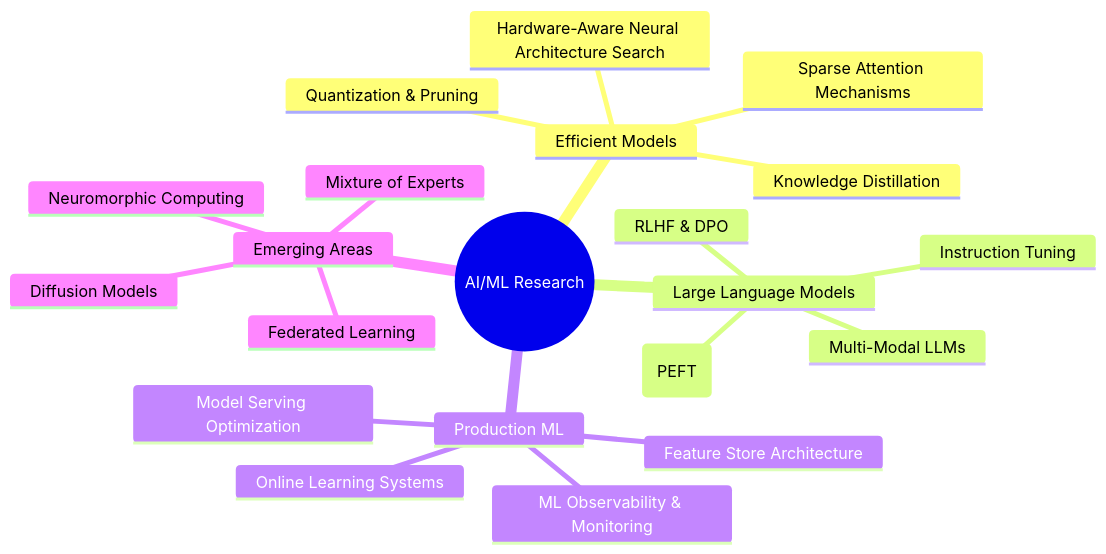
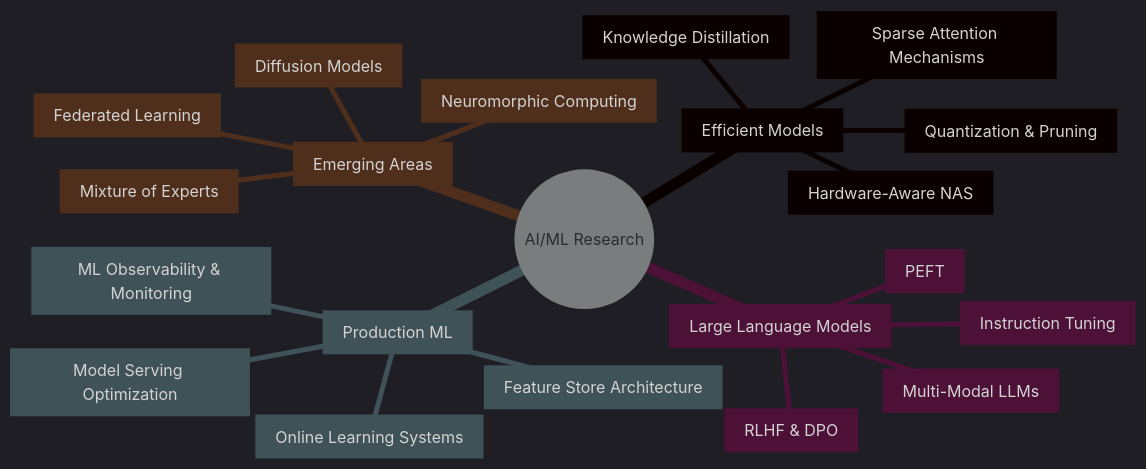
The second of 2 diagrams in README.md (shivamprasad1001/shivamprasad1001), drawn with Mermaid before and after one commit. The commit also changed other lines of this file, not shown here.

Commit message:
Refine mindmap and roadmap in README
Updated mindmap and roadmap sections for clarity and consistency.

````diff
--- a/README.md
+++ b/README.md
@@ -227,24 +269,30 @@
 ```mermaid
+%%{init: {"theme":"dark"}}%%
+
 mindmap
   root((AI/ML Research))
-    Efficient Models
-      Sparse Attention Mechanisms
-      Knowledge Distillation
-      Quantization & Pruning
-      Hardware-Aware Neural Architecture Search
-    Large Language Models
-      Parameter-Efficient Fine-Tuning (PEFT)
-      Instruction Tuning
-      RLHF & DPO
-      Multi-Modal LLMs
-    Production ML
-      Model Serving Optimization
-      Online Learning Systems
-      Feature Store Architecture
-      ML Observability & Monitoring
-    Emerging Areas
-      Diffusion Models
-      Mixture of Experts
-      Neuromorphic Computing
-      Federated Learning
+
+    Efficient_Models["Efficient Models"]
+      Sparse_Attention["Sparse Attention Mechanisms"]
+      Knowledge_Distillation["Knowledge Distillation"]
+      Quantization_Pruning["Quantization & Pruning"]
+      Hardware_Aware_NAS["Hardware-Aware NAS"]
+
+    Large_Language_Models["Large Language Models"]
+      PEFT["PEFT"]
+      Instruction_Tuning["Instruction Tuning"]
+      RLHF_DPO["RLHF & DPO"]
+      Multi_Modal_LLMs["Multi-Modal LLMs"]
+
+    Production_ML["Production ML"]
+      Model_Serving["Model Serving Optimization"]
+      Online_Learning["Online Learning Systems"]
+      Feature_Store["Feature Store Architecture"]
+      Observability["ML Observability & Monitoring"]
+
+    Emerging_Areas["Emerging Areas"]
+      Diffusion["Diffusion Models"]
+      MoE["Mixture of Experts"]
+      Neuromorphic["Neuromorphic Computing"]
+      Federated["Federated Learning"]
 ```
````
